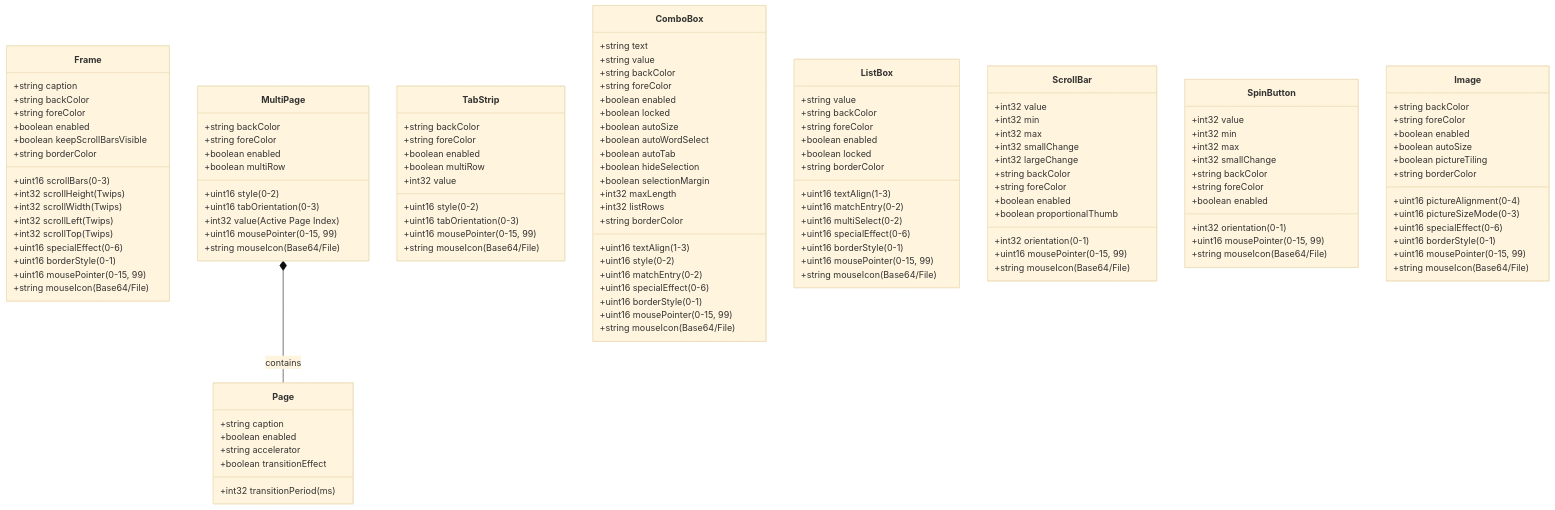
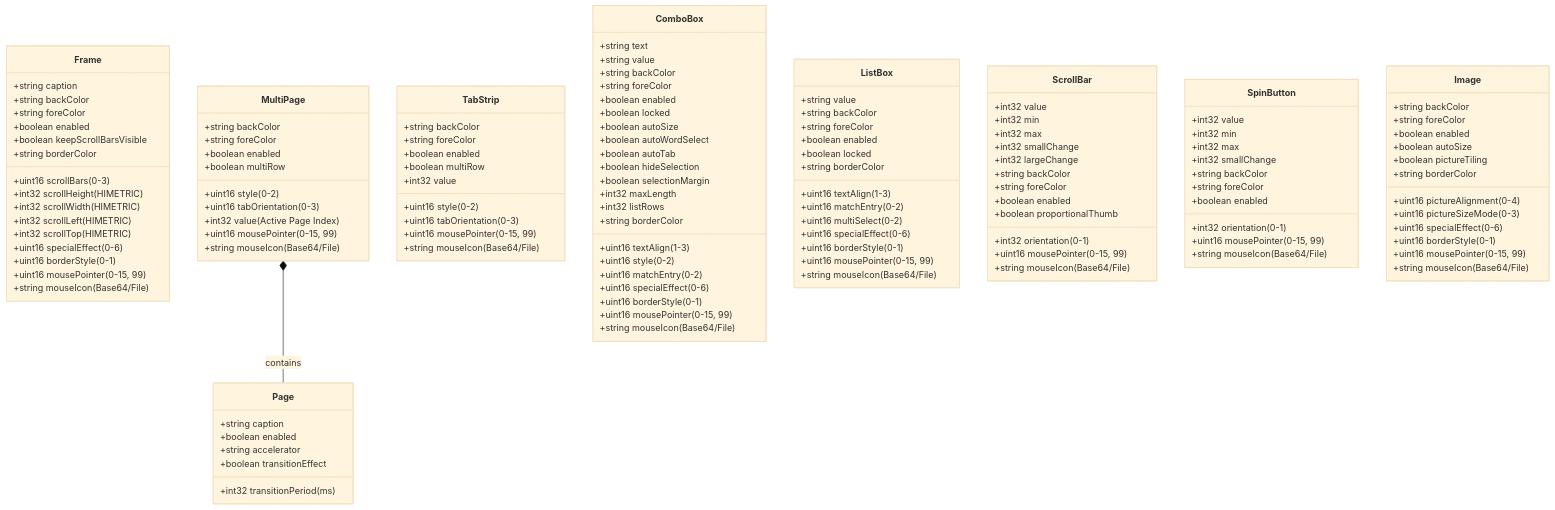
One commit to viktormax3/vba-macro-project changed the second of 2 diagrams in docs/supported-controls.md. Above: the diagram before and after it, drawn with Mermaid (base theme). The commit also changed other lines of this file, not shown here.

Commit message:
docs: correct internal binary unit from Twips to HIMETRIC

```diff
--- a/docs/supported-controls.md
+++ b/docs/supported-controls.md
@@ -157,10 +157,10 @@
         +boolean enabled
         +uint16 scrollBars (0-3)
         +boolean keepScrollBarsVisible
-        +int32 scrollHeight (Twips)
-        +int32 scrollWidth (Twips)
-        +int32 scrollLeft (Twips)
-        +int32 scrollTop (Twips)
+        +int32 scrollHeight (HIMETRIC)
+        +int32 scrollWidth (HIMETRIC)
+        +int32 scrollLeft (HIMETRIC)
+        +int32 scrollTop (HIMETRIC)
         +uint16 specialEffect (0-6)
         +uint16 borderStyle (0-1)
         +string borderColor
```
